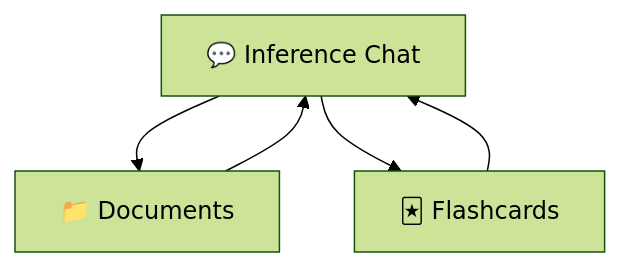
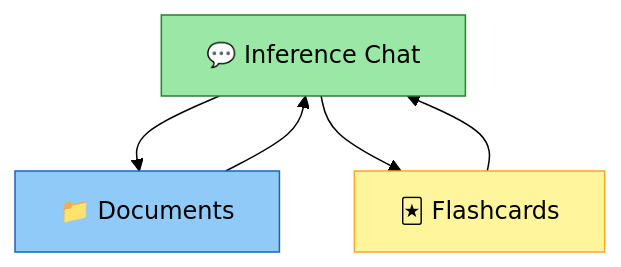
The eighth of 8 diagrams in Rooted/README.md (tambetvali/LaegnaAIHooksAndBones), drawn with Mermaid (forest theme) before and after one commit.

````diff
--- a/Rooted/README.md
+++ b/Rooted/README.md
@@ -181,7 +181,11 @@
 ```mermaid
 flowchart TD
-    A3[💬 Inference Chat] --> A1[📁 Documents]
-    A3 --> A2[🃏 Flashcards]
+    A3[💬 Inference Chat]:::green --> A1[📁 Documents]:::blue
+    A3 --> A2[🃏 Flashcards]:::yellow
     A1 --> A3
     A2 --> A3
+
+    classDef green fill:#9be7a5,stroke:#2e7d32,color:#000;
+    classDef blue fill:#90caf9,stroke:#1565c0,color:#000;
+    classDef yellow fill:#fff59d,stroke:#f9a825,color:#000;
 ```
````
